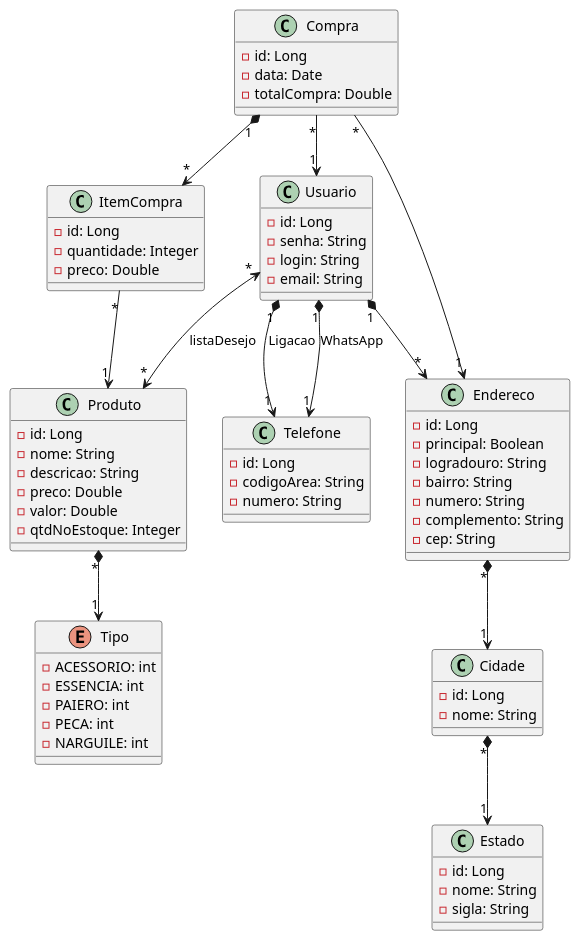
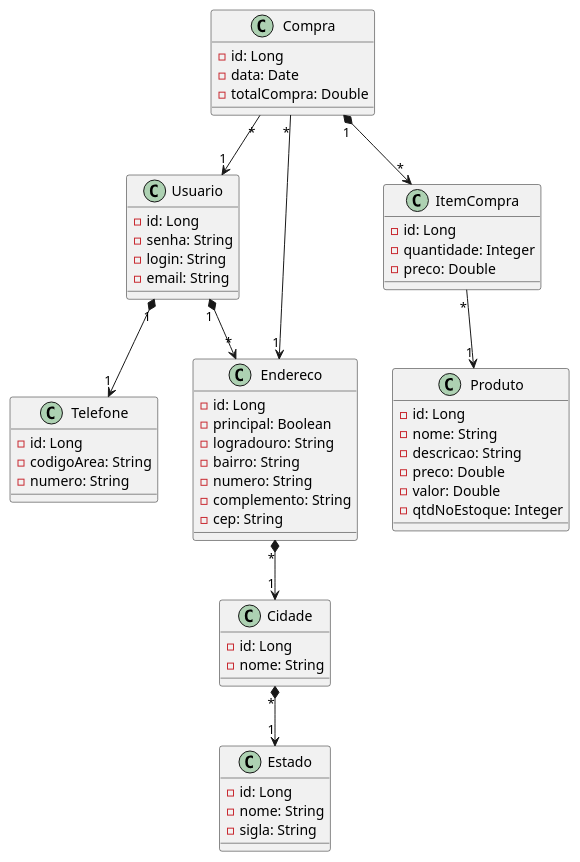
One commit to daniel-ferreira-da-costa/tabacaria-topicos1 changed the diagram in src/main/java/unitins/UML/uml_tabacaria.plantuml. Above: the diagram before and after it, drawn with PlantUML. The commit also changed 6 other files, not shown here.

```diff
--- a/src/main/java/unitins/UML/uml_tabacaria.plantuml
+++ b/src/main/java/unitins/UML/uml_tabacaria.plantuml
@@ -1,85 +1,73 @@
 @startuml Tabacaria
 '========Produto========='
 class Produto {
     - id: Long
     - nome: String
     - descricao: String
     - preco: Double
     - valor: Double
     - qtdNoEstoque: Integer
-}
-
-enum Tipo {
-    - ACESSORIO: int
-    - ESSENCIA: int
-    - PAIERO: int
-    - PECA: int
-    - NARGUILE: int
 }
 
 '========Usuario========='
 class Usuario{
     - id: Long
     - senha: String
     - login: String
     - email: String
 }
 
 class Telefone {
     - id: Long
     - codigoArea: String
     - numero: String
 }
 
 '========Venda========='
 class Compra {
     - id: Long
     - data: Date
     - totalCompra: Double
 }
 
 class ItemCompra {
     - id: Long
     - quantidade: Integer
     - preco: Double
 }
 
 '========Endereço========='
 class Endereco {
     - id: Long
     - principal: Boolean
     - logradouro: String
     - bairro: String
     - numero: String
     - complemento: String
     - cep: String
 }
 class Estado{
     - id: Long
     - nome: String
     - sigla: String
 }
 
 class Cidade{
     - id: Long
     - nome: String
 }
 
 '========Relacionamentos========='
-Produto "*" *--> "1" Tipo
-
 Compra "1" *--> "*" ItemCompra
 Compra "*" --> "1" Usuario
 Compra "*" --> "1" Endereco
 
 ItemCompra "*" --> "1" Produto
 
-Usuario "*" <--> "*" Produto: listaDesejo
-Usuario "1" *--> "1" Telefone: Ligacao
-Usuario "1" *--> "1" Telefone: WhatsApp
+Usuario "1" *--> "1" Telefone
 Usuario "1" *--> "*" Endereco
 
 Endereco "*" *--> "1" Cidade
 Cidade "*" *--> "1" Estado
 
 @enduml
```
